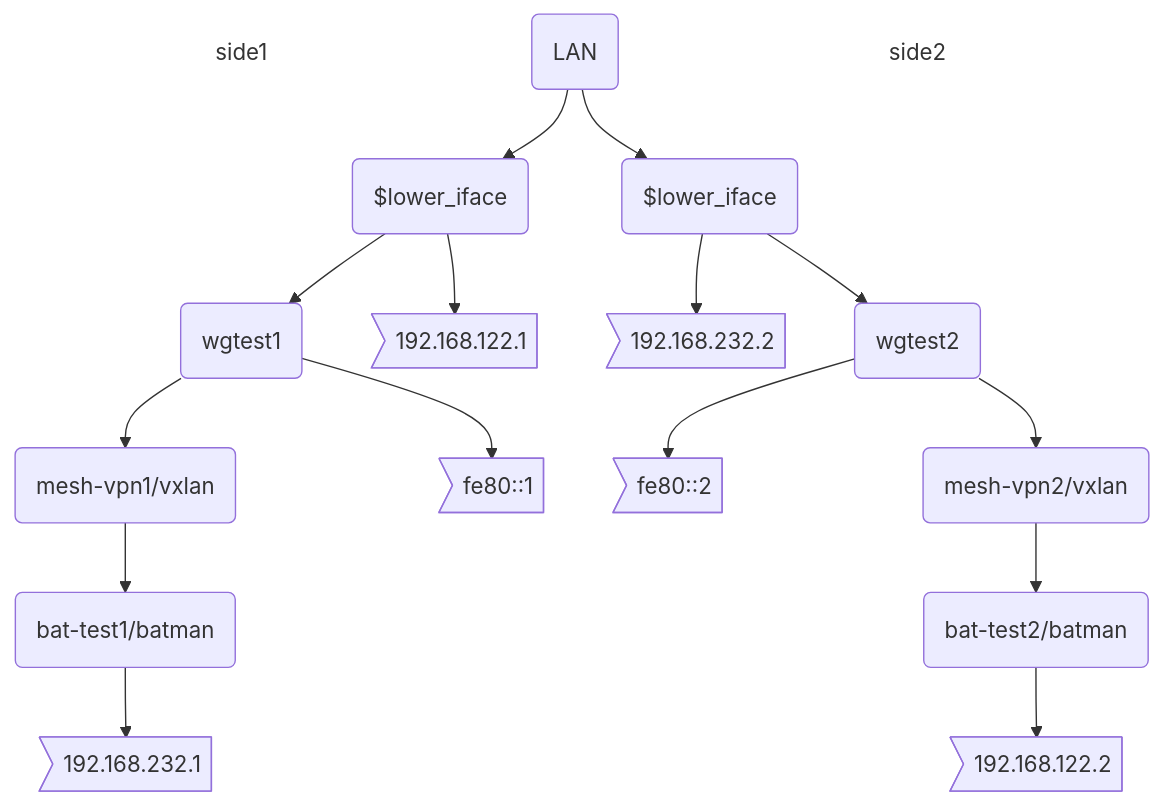
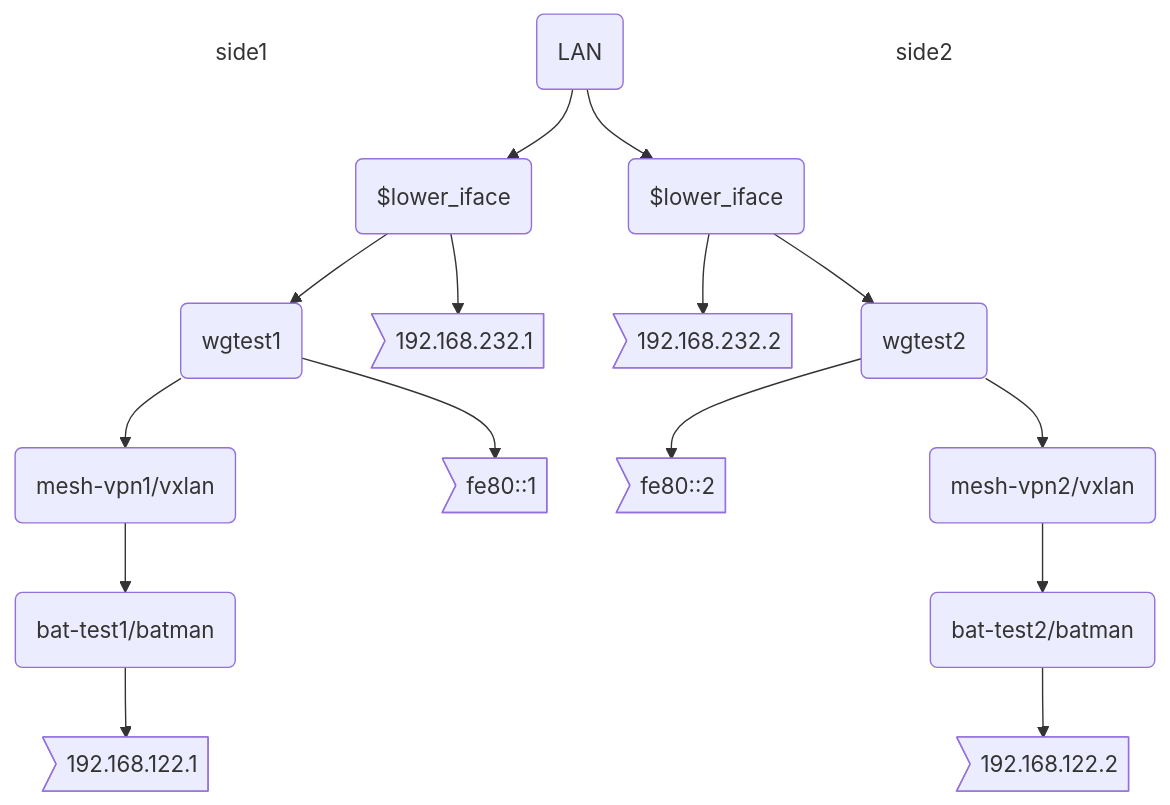
One commit to lemoer/ff-wg-testenv changed the third of 3 diagrams in README.md. Above: the diagram before and after it, drawn with Mermaid.

Commit message:
fix more ips

````diff
--- a/README.md
+++ b/README.md
@@ -75,31 +75,31 @@
 ``` mermaid
 graph TD
     S --> S2(bat-test1/batman)
-    S2 --> T>192.168.232.1]
+    S2 --> T>192.168.122.1]
     A --- D(wgtest1)
     D --> E>fe80::1]
-    B --> C>192.168.122.1]
+    B --> C>192.168.232.1]
     B --> D
     A[side1] --- B($lower_iface)
     D --> S(mesh-vpn1/vxlan)
     
     X(LAN) --> B
     X --> G
     
     F[side2] --- G($lower_iface)
     G --> H>192.168.232.2]
     G --> I
     F --- I(wgtest2)
     I --> J>fe80::2]
     I --> K(mesh-vpn2/vxlan)
     K --> K2(bat-test2/batman)
     K2 --> L>192.168.122.2]
 
 linkStyle 2 stroke-width:0px;
 linkStyle 6 stroke-width:0px;
 linkStyle 10 stroke-width:0px;
 linkStyle 13 stroke-width:0px;
 
 classDef SkipLevel width:0px,text-align:center;
 class A,F SkipLevel
 ```
````
